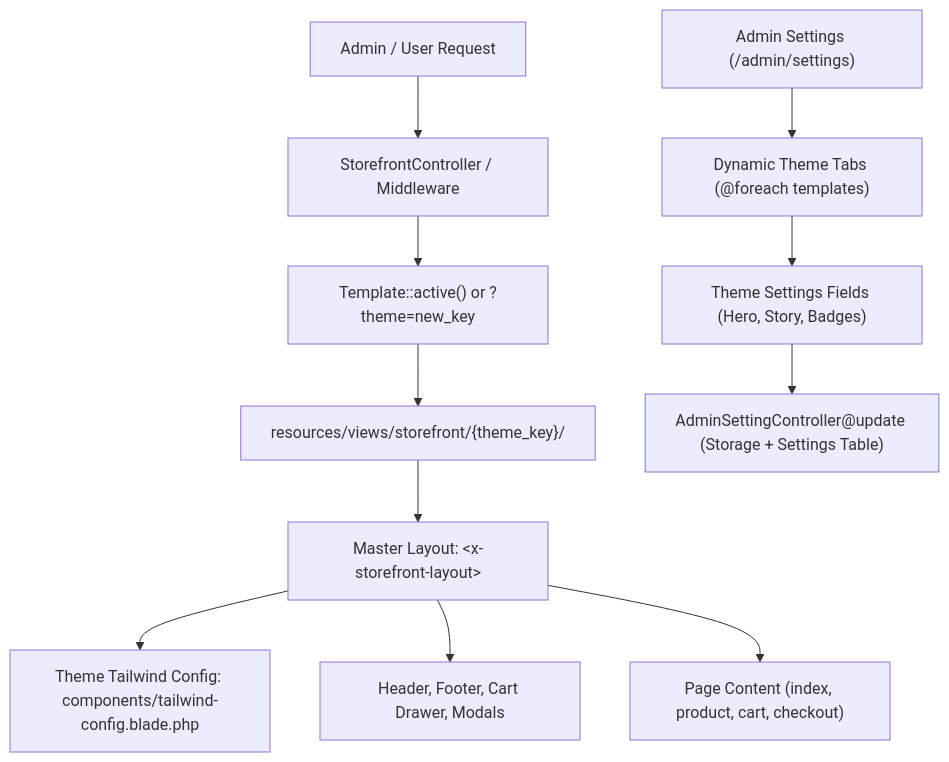
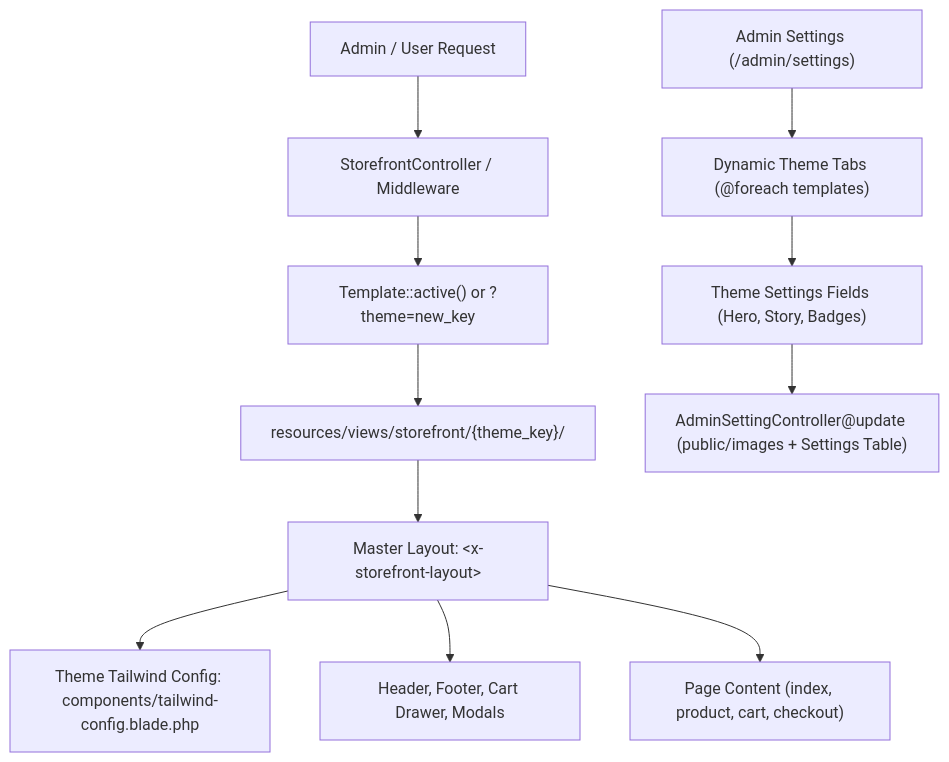
The diagram in docs/HOW_TO_ADD_A_NEW_THEME.md (pagoldebo/Nex-on), drawn with Mermaid before and after one commit. The commit also changed other lines of this file and 208 other files, not shown here.

Commit message:
Refactor media storage to direct public images, AVIF upload conversion, logo retention, admin:otp CLI, and docs update

````diff
--- a/docs/HOW_TO_ADD_A_NEW_THEME.md
+++ b/docs/HOW_TO_ADD_A_NEW_THEME.md
@@ -11,14 +11,14 @@
 ```mermaid
 flowchart TD
     A["Admin / User Request"] --> B["StorefrontController / Middleware"]
     B --> C["Template::active() or ?theme=new_key"]
     C --> D["resources/views/storefront/{theme_key}/"]
     D --> E["Master Layout: &lt;x-storefront-layout&gt;"]
     E --> F["Theme Tailwind Config: components/tailwind-config.blade.php"]
     E --> G["Header, Footer, Cart Drawer, Modals"]
     E --> H["Page Content (index, product, cart, checkout)"]
     
     I["Admin Settings (/admin/settings)"] --> J["Dynamic Theme Tabs (@foreach templates)"]
     J --> K["Theme Settings Fields (Hero, Story, Badges)"]
-    K --> L["AdminSettingController@update (Storage + Settings Table)"]
+    K --> L["AdminSettingController@update (public/images + Settings Table)"]
 ```
````
